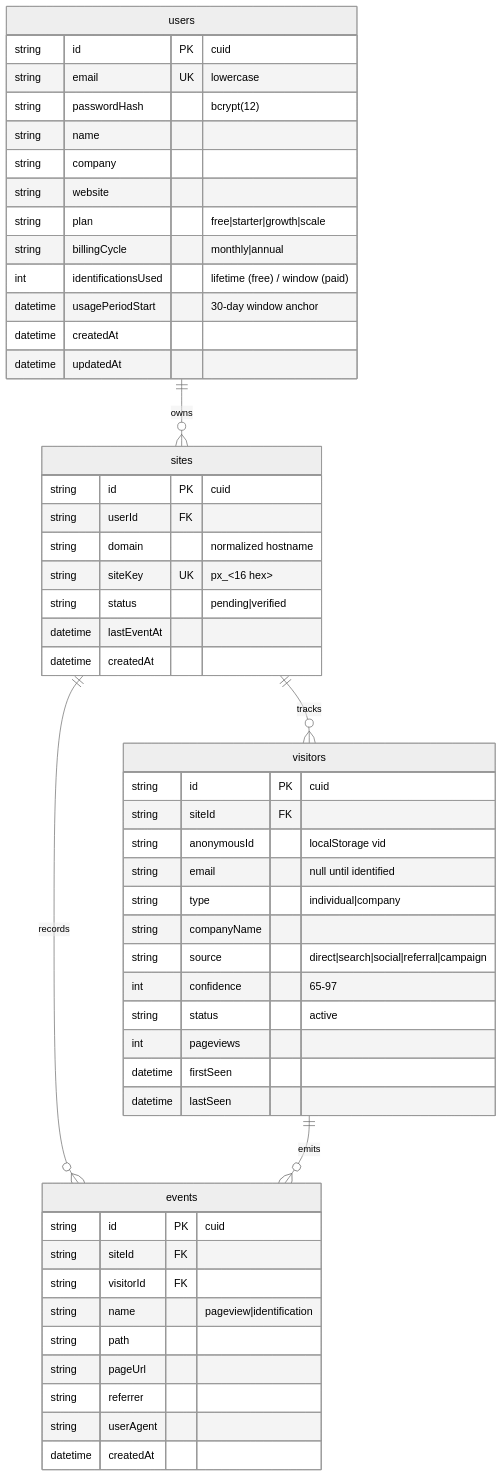
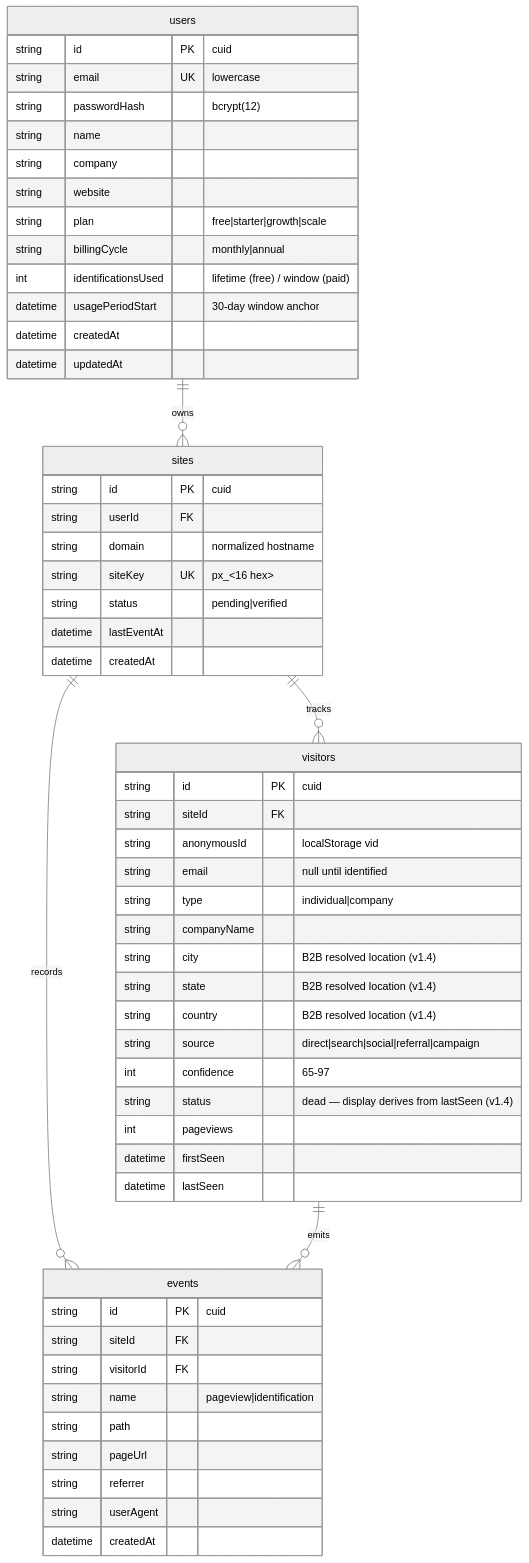
The second of 2 diagrams in Project_Architecture_Document.md (nordeim/pixel-identifier), drawn with Mermaid (neutral theme) before and after one commit. The commit also changed other lines of this file and 3 other files, not shown here.

````diff
--- a/Project_Architecture_Document.md
+++ b/Project_Architecture_Document.md
@@ -662,56 +685,59 @@
 ```mermaid
 erDiagram
     users ||--o{ sites : owns
     sites ||--o{ visitors : tracks
     sites ||--o{ events : records
     visitors ||--o{ events : emits
 
     users {
         string id PK "cuid"
         string email UK "lowercase"
         string passwordHash "bcrypt(12)"
         string name
         string company
         string website
         string plan "free|starter|growth|scale"
         string billingCycle "monthly|annual"
         int identificationsUsed "lifetime (free) / window (paid)"
         datetime usagePeriodStart "30-day window anchor"
         datetime createdAt
         datetime updatedAt
     }
     sites {
         string id PK "cuid"
         string userId FK
         string domain "normalized hostname"
         string siteKey UK "px_<16 hex>"
         string status "pending|verified"
         datetime lastEventAt
         datetime createdAt
     }
     visitors {
         string id PK "cuid"
         string siteId FK
         string anonymousId "localStorage vid"
         string email "null until identified"
         string type "individual|company"
         string companyName
+        string city "B2B resolved location (v1.4)"
+        string state "B2B resolved location (v1.4)"
+        string country "B2B resolved location (v1.4)"
         string source "direct|search|social|referral|campaign"
         int confidence "65-97"
-        string status "active"
+        string status "dead — display derives from lastSeen (v1.4)"
         int pageviews
         datetime firstSeen
         datetime lastSeen
     }
     events {
         string id PK "cuid"
         string siteId FK
         string visitorId FK
         string name "pageview|identification"
         string path
         string pageUrl
         string referrer
         string userAgent
         datetime createdAt
     }
 ```
````
